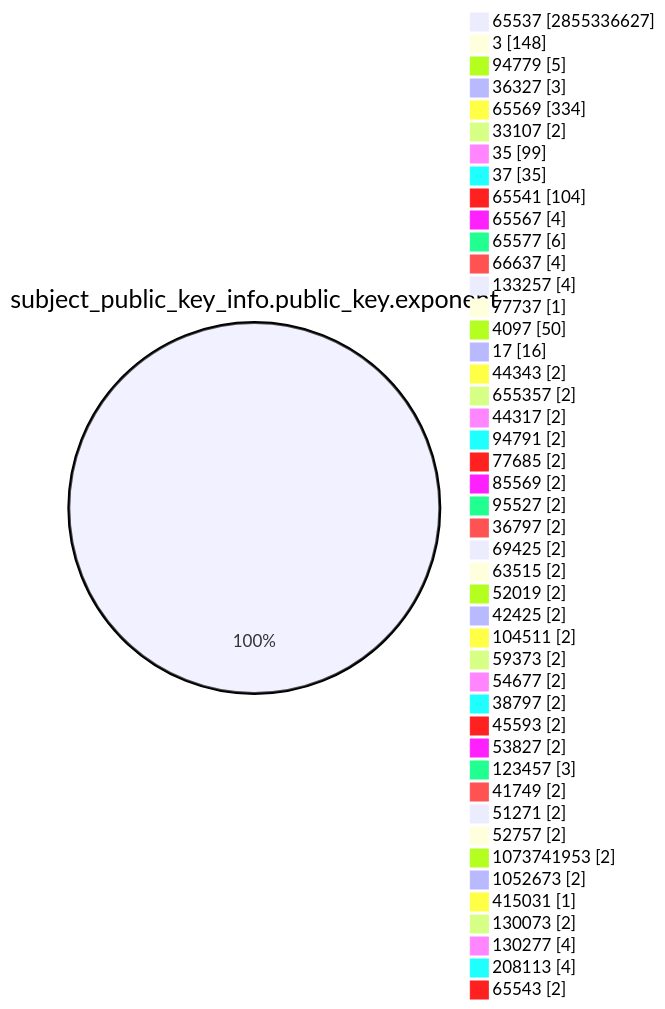
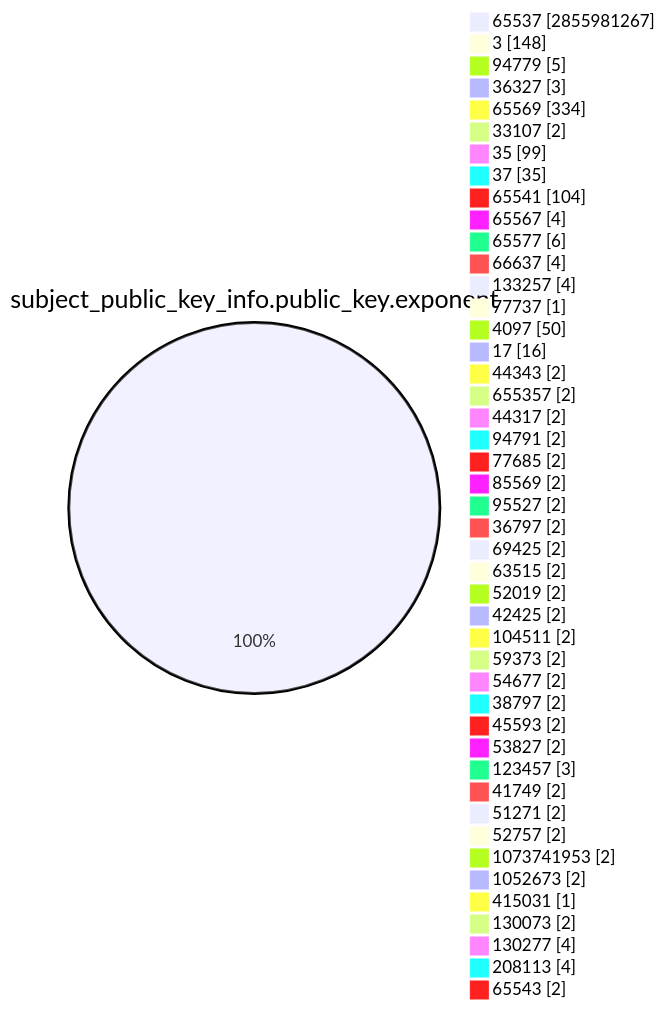
Before and after one commit to christiankrug/ctmonitor_visualization: the fourth of 15 diagrams in TOTAL/README.md, drawn with Mermaid. The commit also changed other lines of this file, not shown here.

````diff
--- a/TOTAL/README.md
+++ b/TOTAL/README.md
@@ -1468,49 +1468,49 @@
 ```mermaid
 pie showData
 title subject_public_key_info.public_key.exponent
-"65537" :2855336627
+"65537" :2855981267
 "3" :148
 "94779" :5
 "36327" :3
 "65569" :334
 "33107" :2
 "35" :99
 "37" :35
 "65541" :104
 "65567" :4
 "65577" :6
 "66637" :4
 "133257" :4
 "77737" :1
 "4097" :50
 "17" :16
 "44343" :2
 "655357" :2
 "44317" :2
 "94791" :2
 "77685" :2
 "85569" :2
 "95527" :2
 "36797" :2
 "69425" :2
 "63515" :2
 "52019" :2
 "42425" :2
 "104511" :2
 "59373" :2
 "54677" :2
 "38797" :2
 "45593" :2
 "53827" :2
 "123457" :3
 "41749" :2
 "51271" :2
 "52757" :2
 "1073741953" :2
 "1052673" :2
 "415031" :1
 "130073" :2
 "130277" :4
 "208113" :4
 "65543" :2
 ```
````
